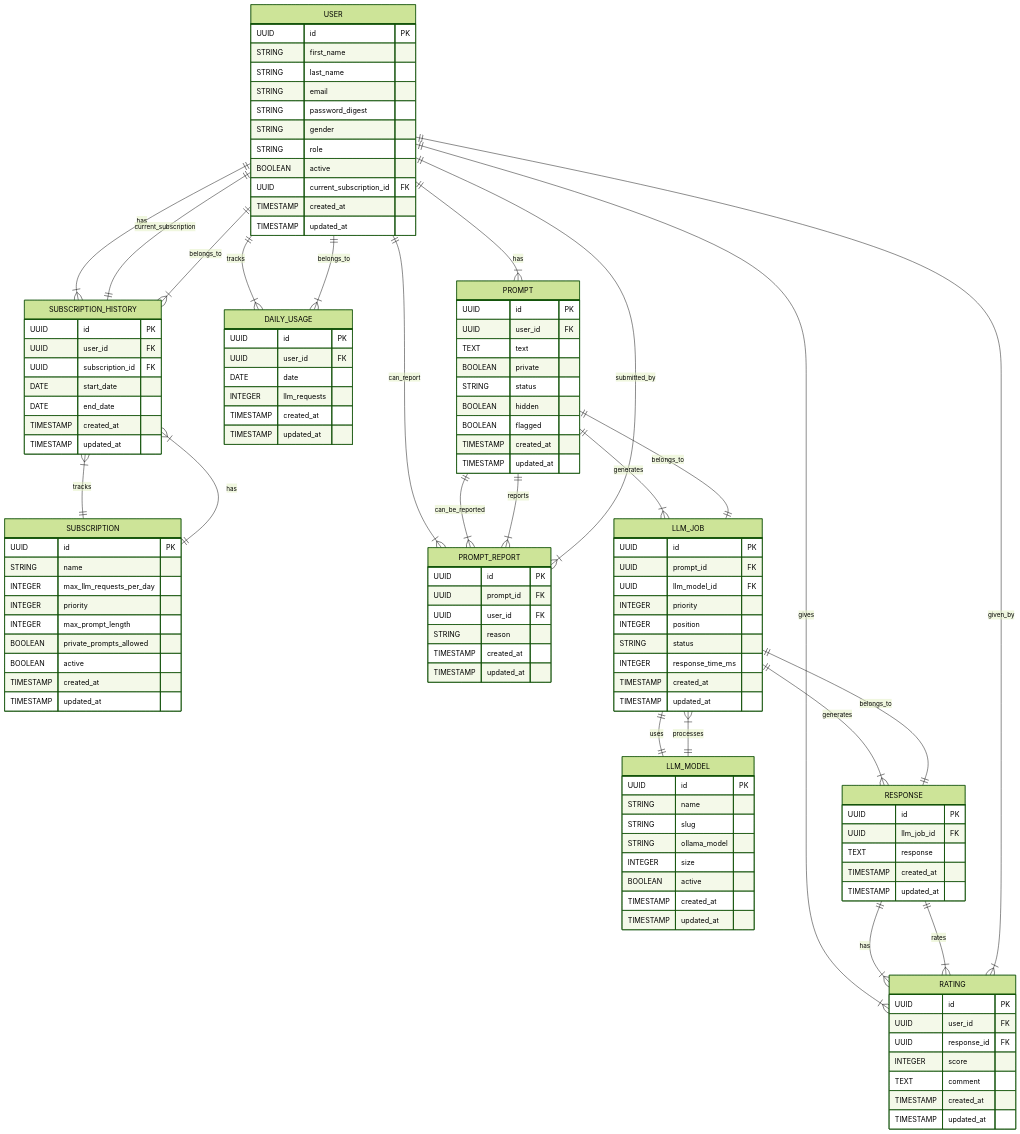
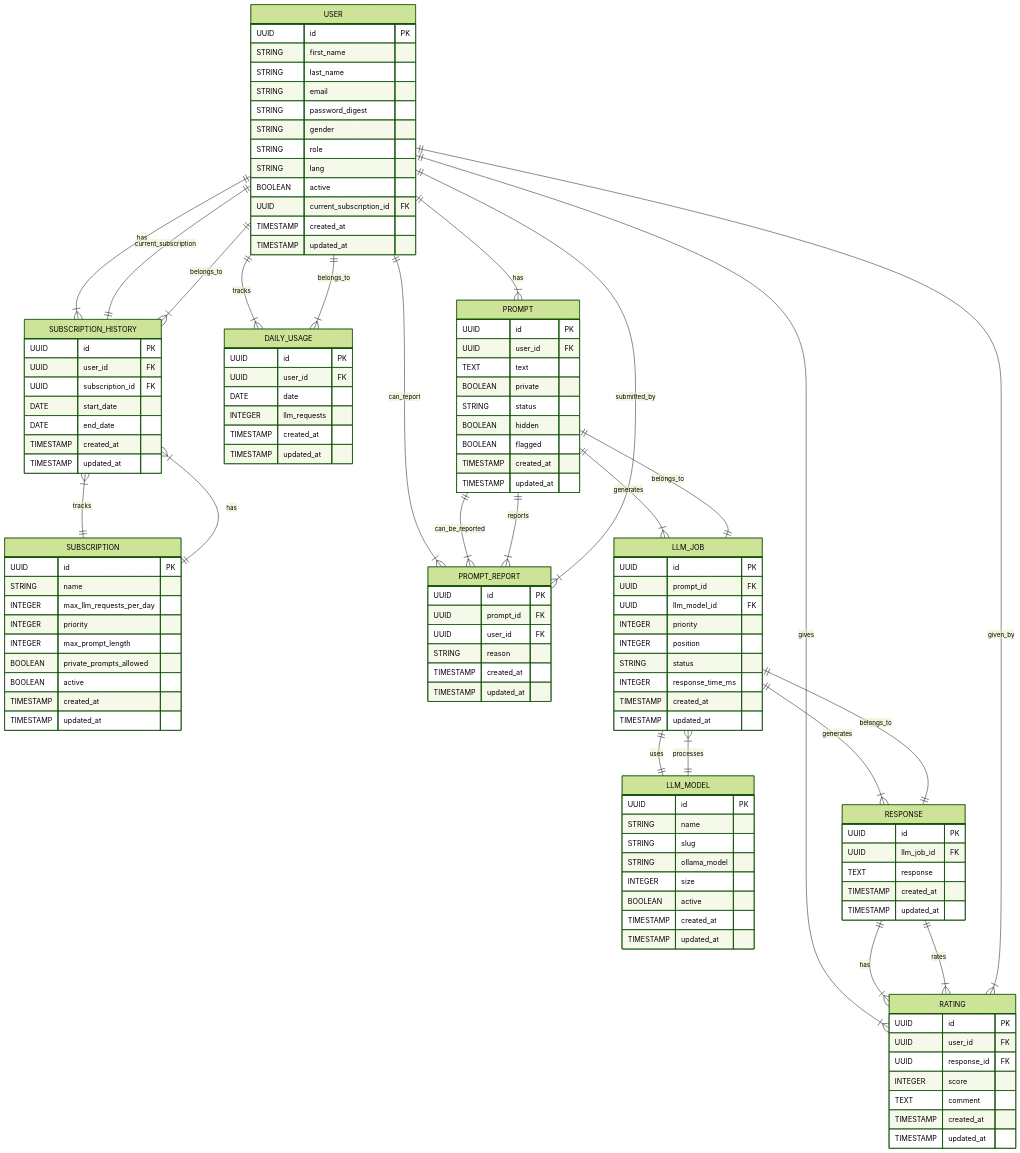
The diagram in docs/database_architecture.md (wintermeyer/llm_mania), drawn with Mermaid (forest theme) before and after one commit. The commit also changed other lines of this file and 2 other files, not shown here.

```diff
--- a/docs/database_architecture.md
+++ b/docs/database_architecture.md
@@ -14,6 +14,7 @@
         STRING password_digest
         STRING gender
         STRING role
+        STRING lang
         BOOLEAN active
         UUID current_subscription_id FK
         TIMESTAMP created_at
```
